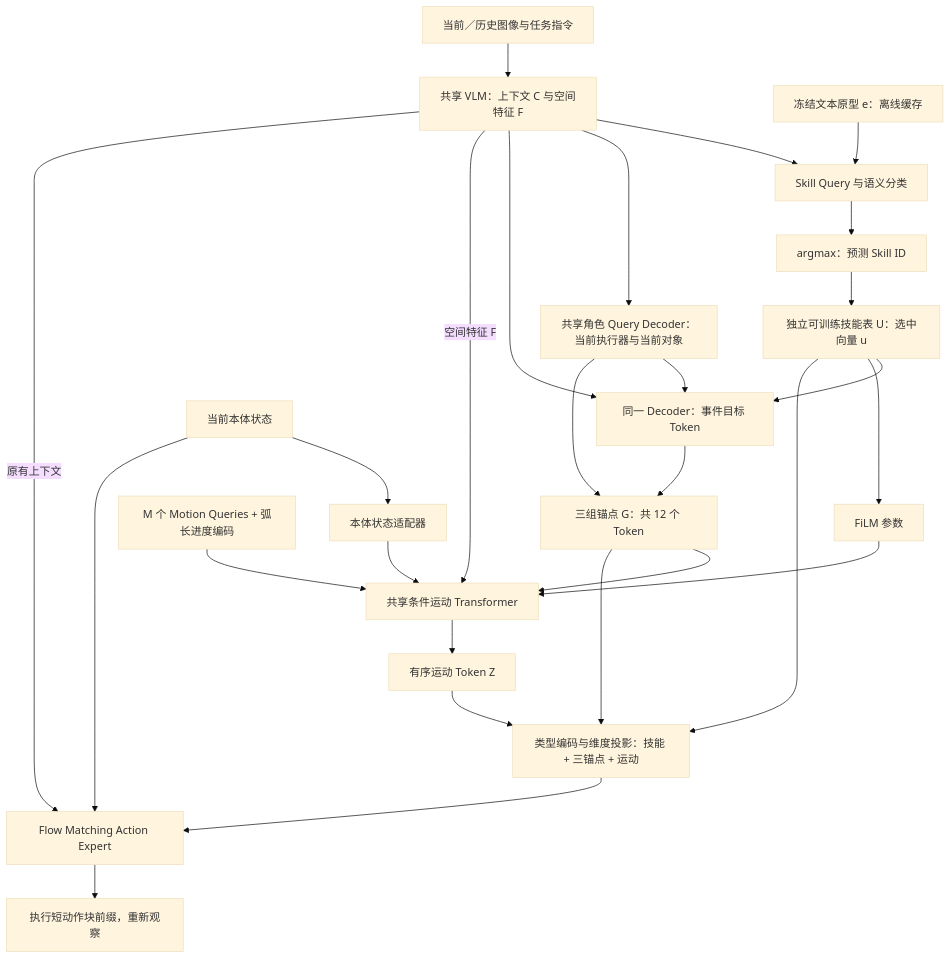
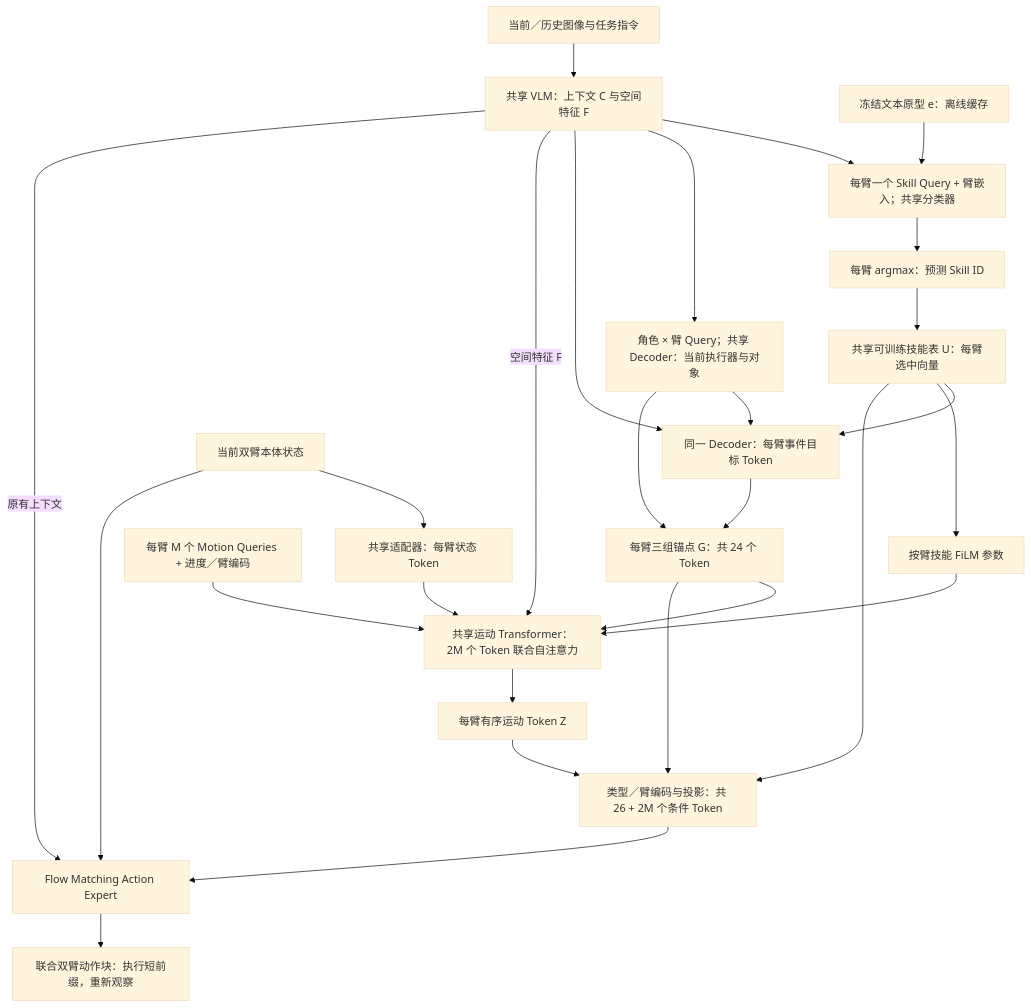
One commit to lyk-nju/ESkill-VLA changed the first of 2 diagrams in docs/design.md. Above: the diagram before and after it, drawn with Mermaid (base theme). The commit also changed other lines of this file and 13 other files, not shown here.

````diff
--- a/docs/design.md
+++ b/docs/design.md
@@ -13,29 +15,29 @@
 ```mermaid
 flowchart TD
     OBS["当前／历史图像与任务指令"] --> VLM["共享 VLM：上下文 C 与空间特征 F"]
-    VLM --> SEL["Skill Query 与语义分类"]
+    VLM --> SEL["每臂一个 Skill Query + 臂嵌入；共享分类器"]
     TEXT["冻结文本原型 e：离线缓存"] --> SEL
-    SEL --> ID["argmax：预测 Skill ID"]
-    ID --> U["独立可训练技能表 U：选中向量 u"]
-    VLM --> CUR["共享角色 Query Decoder：当前执行器与当前对象"]
-    CUR --> GOAL["同一 Decoder：事件目标 Token"]
+    SEL --> ID["每臂 argmax：预测 Skill ID"]
+    ID --> U["共享可训练技能表 U：每臂选中向量"]
+    VLM --> CUR["角色 × 臂 Query；共享 Decoder：当前执行器与对象"]
+    CUR --> GOAL["同一 Decoder：每臂事件目标 Token"]
     VLM --> GOAL
     U --> GOAL
-    CUR --> G["三组锚点 G：共 12 个 Token"]
+    CUR --> G["每臂三组锚点 G：共 24 个 Token"]
     GOAL --> G
-    U --> FILM["FiLM 参数"]
-    Q["M 个 Motion Queries + 弧长进度编码"] --> MOT["共享条件运动 Transformer"]
+    U --> FILM["按臂技能 FiLM 参数"]
+    Q["每臂 M 个 Motion Queries + 进度／臂编码"] --> MOT["共享运动 Transformer：2M 个 Token 联合自注意力"]
     FILM --> MOT
     G --> MOT
     VLM -->|空间特征 F| MOT
-    STATE["当前本体状态"] --> ADAPT["本体状态适配器"]
+    STATE["当前双臂本体状态"] --> ADAPT["共享适配器：每臂状态 Token"]
     ADAPT --> MOT
-    MOT --> Z["有序运动 Token Z"]
-    U --> AUX["类型编码与维度投影：技能 + 三锚点 + 运动"]
+    MOT --> Z["每臂有序运动 Token Z"]
+    U --> AUX["类型／臂编码与投影：共 26 + 2M 个条件 Token"]
     G --> AUX
     Z --> AUX
     VLM -->|原有上下文| ACT["Flow Matching Action Expert"]
     AUX --> ACT
     STATE --> ACT
-    ACT --> OUT["执行短动作块前缀，重新观察"]
+    ACT --> OUT["联合双臂动作块：执行短前缀，重新观察"]
 ```
````
